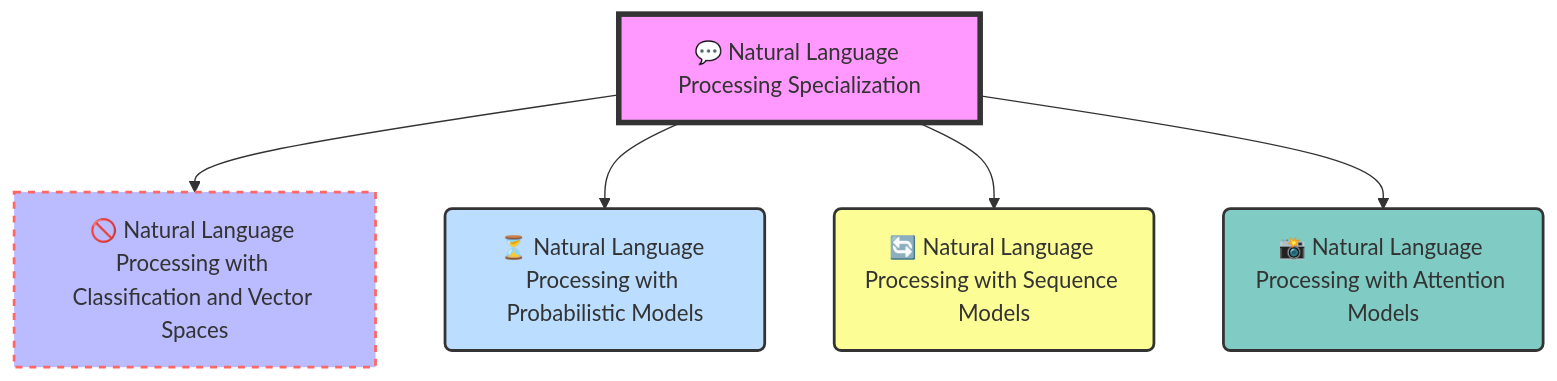
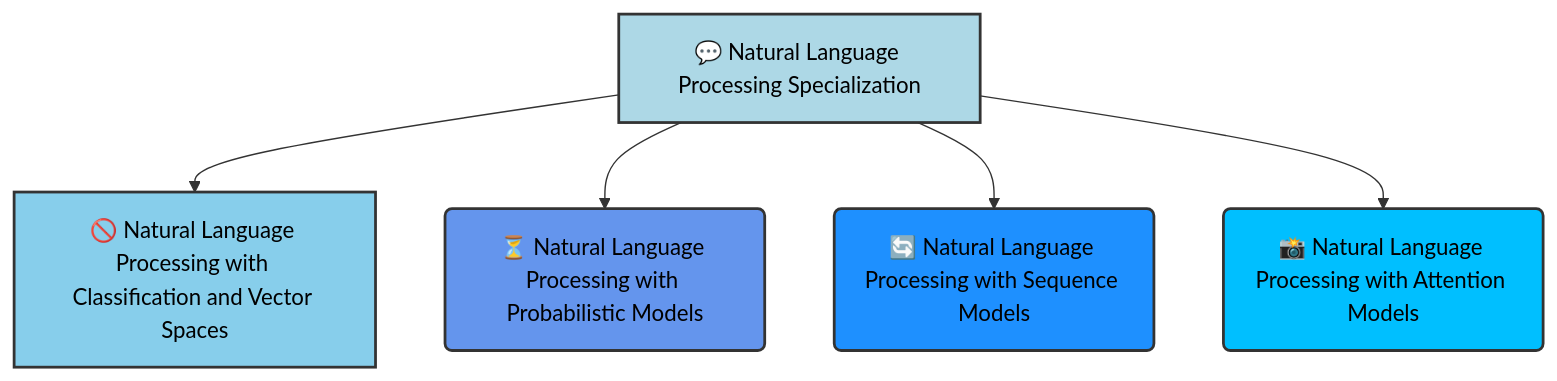
One commit to stefansphtr/Natural_Language_Processing_Specialization changed the diagram in README.md. Above: the diagram before and after it, drawn with Mermaid.

Commit message:
docs(README): improve readablity in flowchart

````diff
--- a/README.md
+++ b/README.md
@@ -61,22 +61,22 @@
 ```mermaid
 flowchart TD
-    style B fill:#f9f,stroke:#333,stroke-width:4px
+    style B fill:#add8e6,stroke:#333,stroke-width:2px,color:#000
     B["💬 Natural Language Processing Specialization"]
     B-->C
-    style C fill:#bbf,stroke:#f66,stroke-width:2px,stroke-dasharray: 5, 5
+    style C fill:#87CEEB,stroke:#333,stroke-width:2px,color:#000
     C[🚫 Natural Language Processing with Classification and Vector Spaces]
     B-->D
-    style D fill:#bdf,stroke:#333,stroke-width:2px
+    style D fill:#6495ED,stroke:#333,stroke-width:2px,color:#000
     D(⏳ Natural Language Processing with Probabilistic Models);
     B-->E
-    style E fill:#fdfd96,stroke:#333,stroke-width:2px
+    style E fill:#1E90FF,stroke:#333,stroke-width:2px,color:#000
     E(🔄 Natural Language Processing with Sequence Models);
     B-->F
-    style F fill:#80cbc4,stroke:#333,stroke-width:2px
+    style F fill:#00BFFF,stroke:#333,stroke-width:2px,color:#000
     F(📸 Natural Language Processing with Attention Models)
     click B "https://www.coursera.org/specializations/natural-language-processing" "Tooltip for a link"
     click C "https://www.coursera.org/learn/classification-vector-spaces-in-nlp" "Tooltip for a link"
     click D "https://www.coursera.org/learn/probabilistic-models-in-nlp" "Tooltip for a link"
     click E "https://www.coursera.org/learn/sequence-models-in-nlp" "Tooltip for a link"
     click F "https://www.coursera.org/learn/attention-models-in-nlp" "Tooltip for a link"
 ```
````
